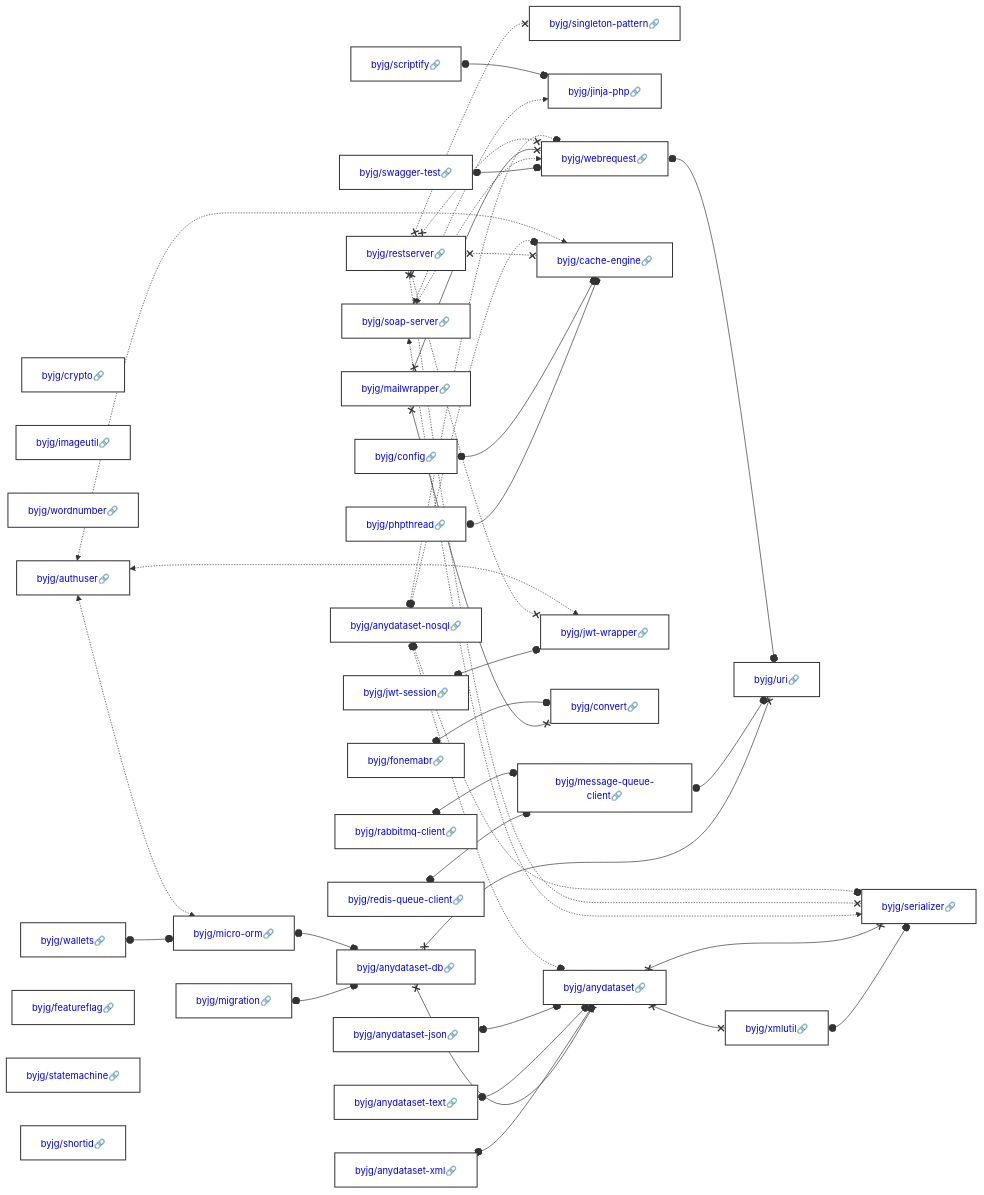
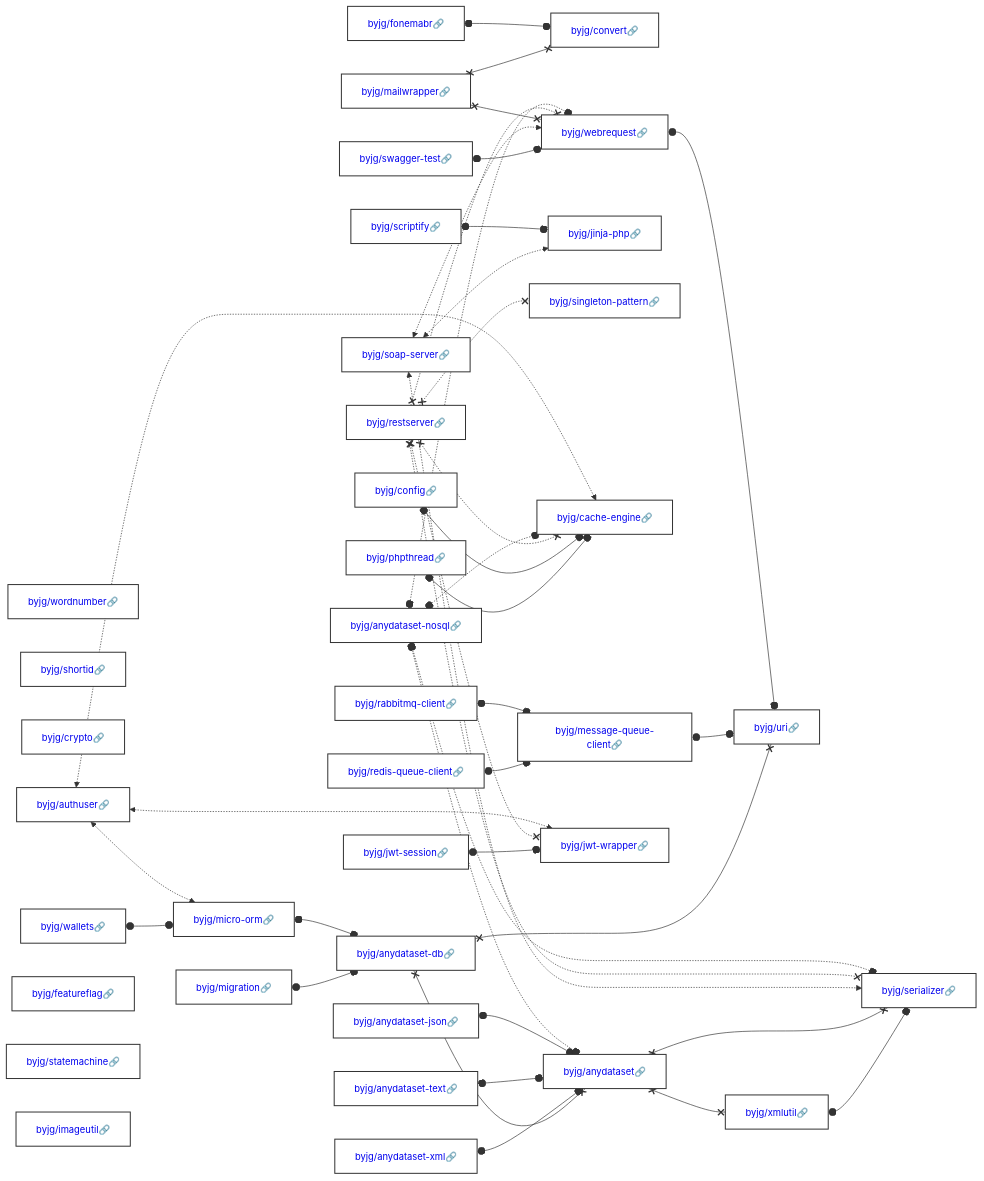
The diagram in docs/php/README.md (byjg/byjg.github.io), drawn with Mermaid before and after one commit. The commit also changed other lines of this file and 2 other files, not shown here.

Commit message:
Update documentation 'php' 'php-anydataset'

````diff
--- a/docs/php/README.md
+++ b/docs/php/README.md
@@ -3,37 +3,37 @@
 ```mermaid
 graph LR;
+  byjg/mailwrapper[<a href='https://opensource.byjg.com/docs/php/mailwrapper' style='text-decoration:none'>byjg/mailwrapper🔗</a>];
+  byjg/phpthread[<a href='https://opensource.byjg.com/docs/php/phpthread' style='text-decoration:none'>byjg/phpthread🔗</a>];
   byjg/config[<a href='https://opensource.byjg.com/docs/php/config' style='text-decoration:none'>byjg/config🔗</a>];
+  byjg/migration[<a href='https://opensource.byjg.com/docs/php/migration' style='text-decoration:none'>byjg/migration🔗</a>];
+  byjg/fonemabr[<a href='https://opensource.byjg.com/docs/php/fonemabr' style='text-decoration:none'>byjg/fonemabr🔗</a>];
+  byjg/wordnumber[<a href='https://opensource.byjg.com/docs/php/wordnumber' style='text-decoration:none'>byjg/wordnumber🔗</a>];
+  byjg/anydataset-text[<a href='https://opensource.byjg.com/docs/php/anydataset-text' style='text-decoration:none'>byjg/anydataset-text🔗</a>];
+  byjg/shortid[<a href='https://opensource.byjg.com/docs/php/shortid' style='text-decoration:none'>byjg/shortid🔗</a>];
+  byjg/rabbitmq-client[<a href='https://opensource.byjg.com/docs/php/rabbitmq-client' style='text-decoration:none'>byjg/rabbitmq-client🔗</a>];
   byjg/crypto[<a href='https://opensource.byjg.com/docs/php/crypto' style='text-decoration:none'>byjg/crypto🔗</a>];
-  byjg/migration[<a href='https://opensource.byjg.com/docs/php/migration' style='text-decoration:none'>byjg/migration🔗</a>];
+  byjg/swagger-test[<a href='https://opensource.byjg.com/docs/php/swagger-test' style='text-decoration:none'>byjg/swagger-test🔗</a>];
+  byjg/anydataset-nosql[<a href='https://opensource.byjg.com/docs/php/anydataset-nosql' style='text-decoration:none'>byjg/anydataset-nosql🔗</a>];
+  byjg/wallets[<a href='https://opensource.byjg.com/docs/php/wallets' style='text-decoration:none'>byjg/wallets🔗</a>];
+  byjg/redis-queue-client[<a href='https://opensource.byjg.com/docs/php/redis-queue-client' style='text-decoration:none'>byjg/redis-queue-client🔗</a>];
+  byjg/authuser[<a href='https://opensource.byjg.com/docs/php/authuser' style='text-decoration:none'>byjg/authuser🔗</a>];
+  byjg/anydataset-xml[<a href='https://opensource.byjg.com/docs/php/anydataset-xml' style='text-decoration:none'>byjg/anydataset-xml🔗</a>];
+  byjg/jwt-session[<a href='https://opensource.byjg.com/docs/php/jwt-session' style='text-decoration:none'>byjg/jwt-session🔗</a>];
+  byjg/featureflag[<a href='https://opensource.byjg.com/docs/php/featureflag' style='text-decoration:none'>byjg/featureflag🔗</a>];
+  byjg/soap-server[<a href='https://opensource.byjg.com/docs/php/soap-server' style='text-decoration:none'>byjg/soap-server🔗</a>];
+  byjg/anydataset-json[<a href='https://opensource.byjg.com/docs/php/anydataset-json' style='text-decoration:none'>byjg/anydataset-json🔗</a>];
+  byjg/statemachine[<a href='https://opensource.byjg.com/docs/php/statemachine' style='text-decoration:none'>byjg/statemachine🔗</a>];
+  byjg/scriptify[<a href='https://opensource.byjg.com/docs/php/scriptify' style='text-decoration:none'>byjg/scriptify🔗</a>];
   byjg/imageutil[<a href='https://opensource.byjg.com/docs/php/imageutil' style='text-decoration:none'>byjg/imageutil🔗</a>];
-  byjg/anydataset-xml[<a href='https://opensource.byjg.com/docs/php/anydataset-xml' style='text-decoration:none'>byjg/anydataset-xml🔗</a>];
-  byjg/anydataset-text[<a href='https://opensource.byjg.com/docs/php/anydataset-text' style='text-decoration:none'>byjg/anydataset-text🔗</a>];
-  byjg/redis-queue-client[<a href='https://opensource.byjg.com/docs/php/redis-queue-client' style='text-decoration:none'>byjg/redis-queue-client🔗</a>];
-  byjg/wordnumber[<a href='https://opensource.byjg.com/docs/php/wordnumber' style='text-decoration:none'>byjg/wordnumber🔗</a>];
-  byjg/anydataset-json[<a href='https://opensource.byjg.com/docs/php/anydataset-json' style='text-decoration:none'>byjg/anydataset-json🔗</a>];
-  byjg/soap-server[<a href='https://opensource.byjg.com/docs/php/soap-server' style='text-decoration:none'>byjg/soap-server🔗</a>];
-  byjg/phpthread[<a href='https://opensource.byjg.com/docs/php/phpthread' style='text-decoration:none'>byjg/phpthread🔗</a>];
   byjg/restserver[<a href='https://opensource.byjg.com/docs/php/restserver' style='text-decoration:none'>byjg/restserver🔗</a>];
-  byjg/fonemabr[<a href='https://opensource.byjg.com/docs/php/fonemabr' style='text-decoration:none'>byjg/fonemabr🔗</a>];
-  byjg/swagger-test[<a href='https://opensource.byjg.com/docs/php/swagger-test' style='text-decoration:none'>byjg/swagger-test🔗</a>];
-  byjg/jwt-session[<a href='https://opensource.byjg.com/docs/php/jwt-session' style='text-decoration:none'>byjg/jwt-session🔗</a>];
-  byjg/scriptify[<a href='https://opensource.byjg.com/docs/php/scriptify' style='text-decoration:none'>byjg/scriptify🔗</a>];
-  byjg/rabbitmq-client[<a href='https://opensource.byjg.com/docs/php/rabbitmq-client' style='text-decoration:none'>byjg/rabbitmq-client🔗</a>];
-  byjg/wallets[<a href='https://opensource.byjg.com/docs/php/wallets' style='text-decoration:none'>byjg/wallets🔗</a>];
-  byjg/anydataset-nosql[<a href='https://opensource.byjg.com/docs/php/anydataset-nosql' style='text-decoration:none'>byjg/anydataset-nosql🔗</a>];
-  byjg/authuser[<a href='https://opensource.byjg.com/docs/php/authuser' style='text-decoration:none'>byjg/authuser🔗</a>];
-  byjg/featureflag[<a href='https://opensource.byjg.com/docs/php/featureflag' style='text-decoration:none'>byjg/featureflag🔗</a>];
-  byjg/statemachine[<a href='https://opensource.byjg.com/docs/php/statemachine' style='text-decoration:none'>byjg/statemachine🔗</a>];
-  byjg/shortid[<a href='https://opensource.byjg.com/docs/php/shortid' style='text-decoration:none'>byjg/shortid🔗</a>];
-  byjg/mailwrapper[<a href='https://opensource.byjg.com/docs/php/mailwrapper' style='text-decoration:none'>byjg/mailwrapper🔗</a>];
-  byjg/singleton-pattern[<a href='https://opensource.byjg.com/docs/php/singleton-pattern' style='text-decoration:none'>byjg/singleton-pattern🔗</a>];
-  byjg/jinja-php[<a href='https://opensource.byjg.com/docs/php/jinja-php' style='text-decoration:none'>byjg/jinja-php🔗</a>];
+  byjg/convert[<a href='https://opensource.byjg.com/docs/php/convert' style='text-decoration:none'>byjg/convert🔗</a>];
   byjg/message-queue-client[<a href='https://opensource.byjg.com/docs/php/message-queue-client' style='text-decoration:none'>byjg/message-queue-client🔗</a>];
   byjg/micro-orm[<a href='https://opensource.byjg.com/docs/php/micro-orm' style='text-decoration:none'>byjg/micro-orm🔗</a>];
+  byjg/jinja-php[<a href='https://opensource.byjg.com/docs/php/jinja-php' style='text-decoration:none'>byjg/jinja-php🔗</a>];
+  byjg/singleton-pattern[<a href='https://opensource.byjg.com/docs/php/singleton-pattern' style='text-decoration:none'>byjg/singleton-pattern🔗</a>];
   byjg/cache-engine[<a href='https://opensource.byjg.com/docs/php/cache-engine' style='text-decoration:none'>byjg/cache-engine🔗</a>];
+  byjg/webrequest[<a href='https://opensource.byjg.com/docs/php/webrequest' style='text-decoration:none'>byjg/webrequest🔗</a>];
   byjg/jwt-wrapper[<a href='https://opensource.byjg.com/docs/php/jwt-wrapper' style='text-decoration:none'>byjg/jwt-wrapper🔗</a>];
-  byjg/convert[<a href='https://opensource.byjg.com/docs/php/convert' style='text-decoration:none'>byjg/convert🔗</a>];
-  byjg/webrequest[<a href='https://opensource.byjg.com/docs/php/webrequest' style='text-decoration:none'>byjg/webrequest🔗</a>];
   byjg/anydataset-db[<a href='https://opensource.byjg.com/docs/php/anydataset-db' style='text-decoration:none'>byjg/anydataset-db🔗</a>];
   byjg/anydataset[<a href='https://opensource.byjg.com/docs/php/anydataset' style='text-decoration:none'>byjg/anydataset🔗</a>];
   byjg/uri[<a href='https://opensource.byjg.com/docs/php/uri' style='text-decoration:none'>byjg/uri🔗</a>];
````
